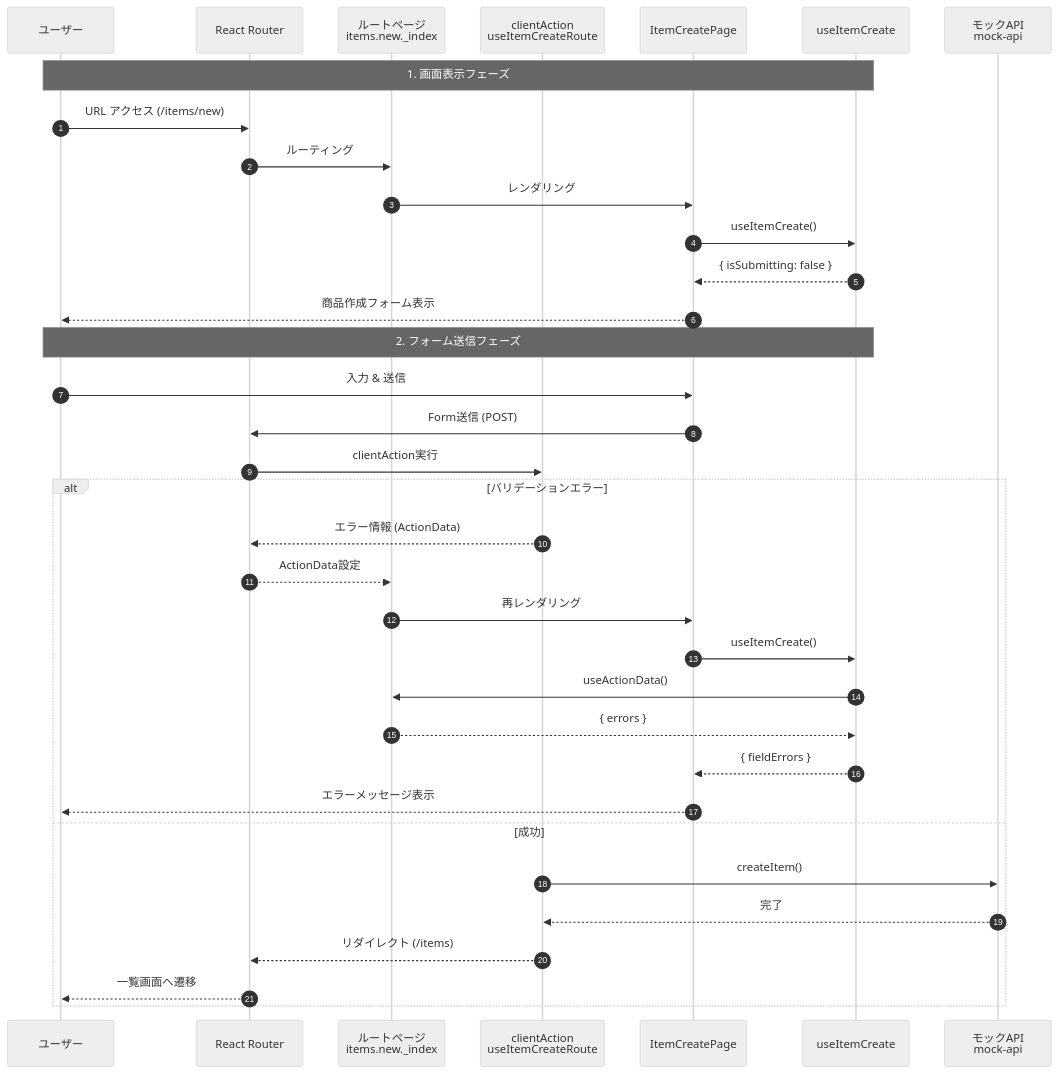
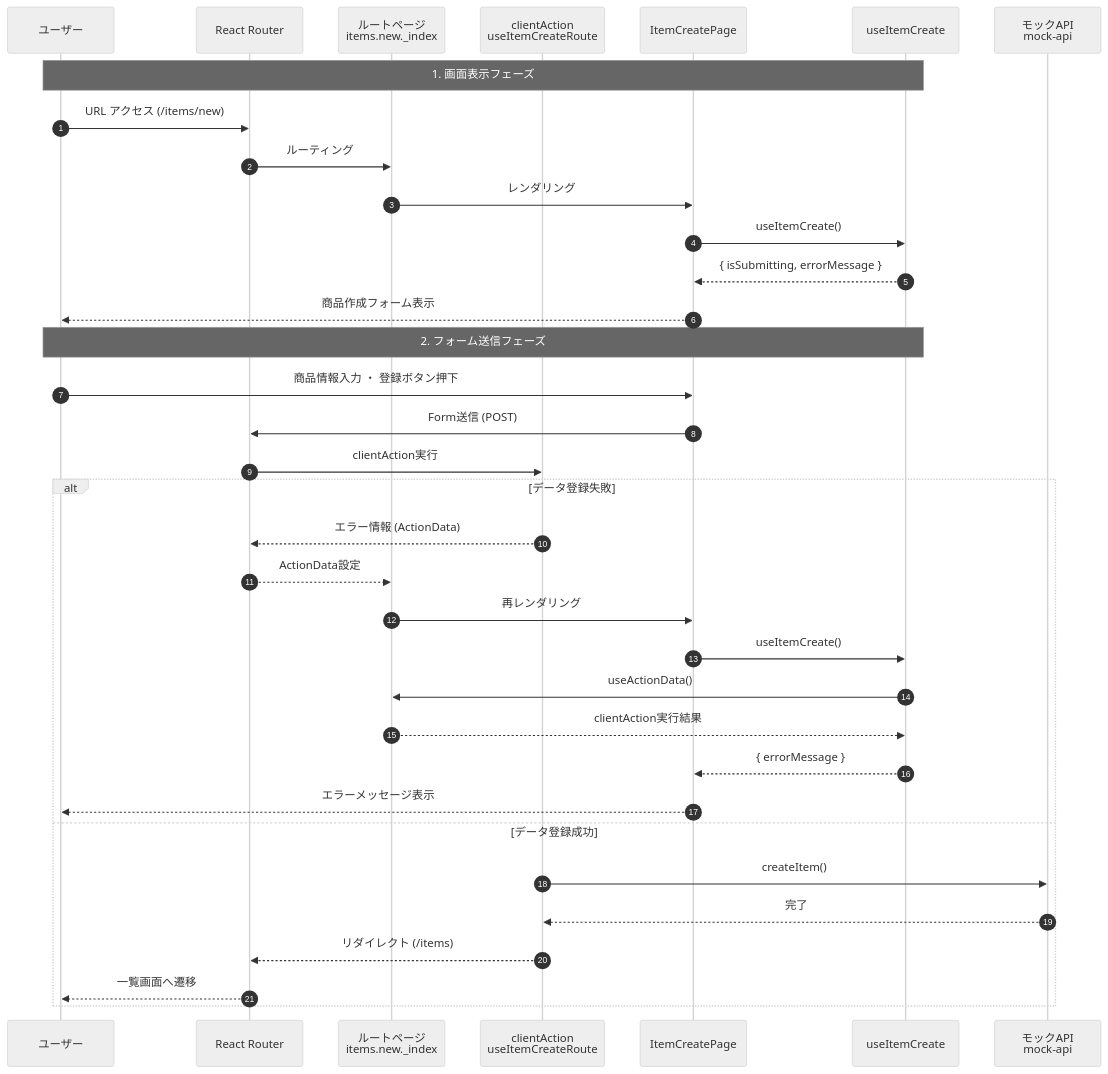
The second of 3 diagrams in docs/guide/5.サンプルアプリ実装.md (daisuke0412/react-sample), drawn with Mermaid (neutral theme) before and after one commit.

Commit message:
docs: modify guides

````diff
--- a/docs/guide/5.サンプルアプリ実装.md
+++ b/docs/guide/5.サンプルアプリ実装.md
@@ -496,40 +496,40 @@
 ```mermaid
 sequenceDiagram
     autonumber
     participant user as ユーザー
     participant ReactRouter as React Router
     participant Route as ルートページ<br>items.new._index
     participant Action as clientAction<br>useItemCreateRoute
     participant Page as ItemCreatePage
     participant Hook as useItemCreate
     participant Mock as モックAPI<br>mock-api
 
     Note over user, Hook: 1. 画面表示フェーズ
     user->>ReactRouter: URL アクセス (/items/new)
     ReactRouter->>Route: ルーティング
     Route->>Page: レンダリング
     Page->>Hook: useItemCreate()
-    Hook-->>Page: { isSubmitting: false }
+    Hook-->>Page: { isSubmitting, errorMessage }
     Page-->>user: 商品作成フォーム表示
 
     Note over user, Hook: 2. フォーム送信フェーズ
-    user->>Page: 入力 & 送信
+    user->>Page: 商品情報入力 ・ 登録ボタン押下
     Page->>ReactRouter: Form送信 (POST)
     ReactRouter->>Action: clientAction実行
     
-    alt バリデーションエラー
+    alt データ登録失敗
         Action-->>ReactRouter: エラー情報 (ActionData)
         ReactRouter-->>Route: ActionData設定
         Route->>Page: 再レンダリング
         Page->>Hook: useItemCreate()
         Hook->>Route: useActionData()
-        Route-->>Hook: { errors }
-        Hook-->>Page: { fieldErrors }
+        Route-->>Hook: clientAction実行結果
+        Hook-->>Page: { errorMessage }
         Page-->>user: エラーメッセージ表示
-    else 成功
+    else データ登録成功
         Action->>Mock: createItem()
         Mock-->>Action: 完了
         Action-->>ReactRouter: リダイレクト (/items)
         ReactRouter-->>user: 一覧画面へ遷移
     end
 ```
````
